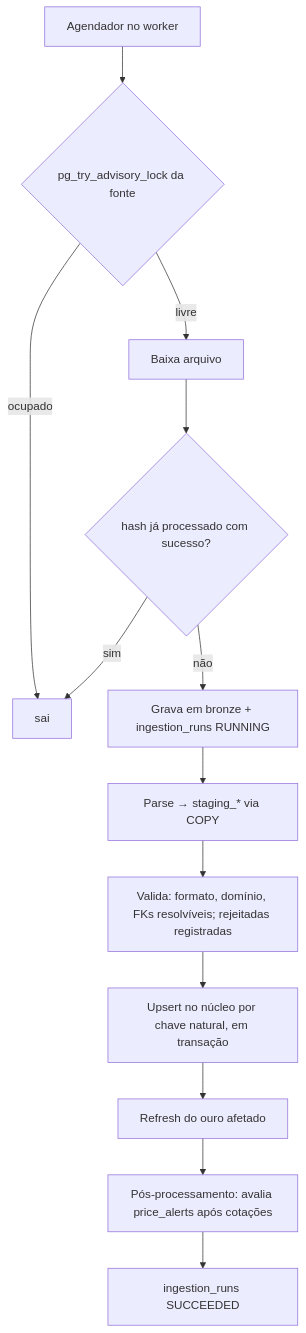
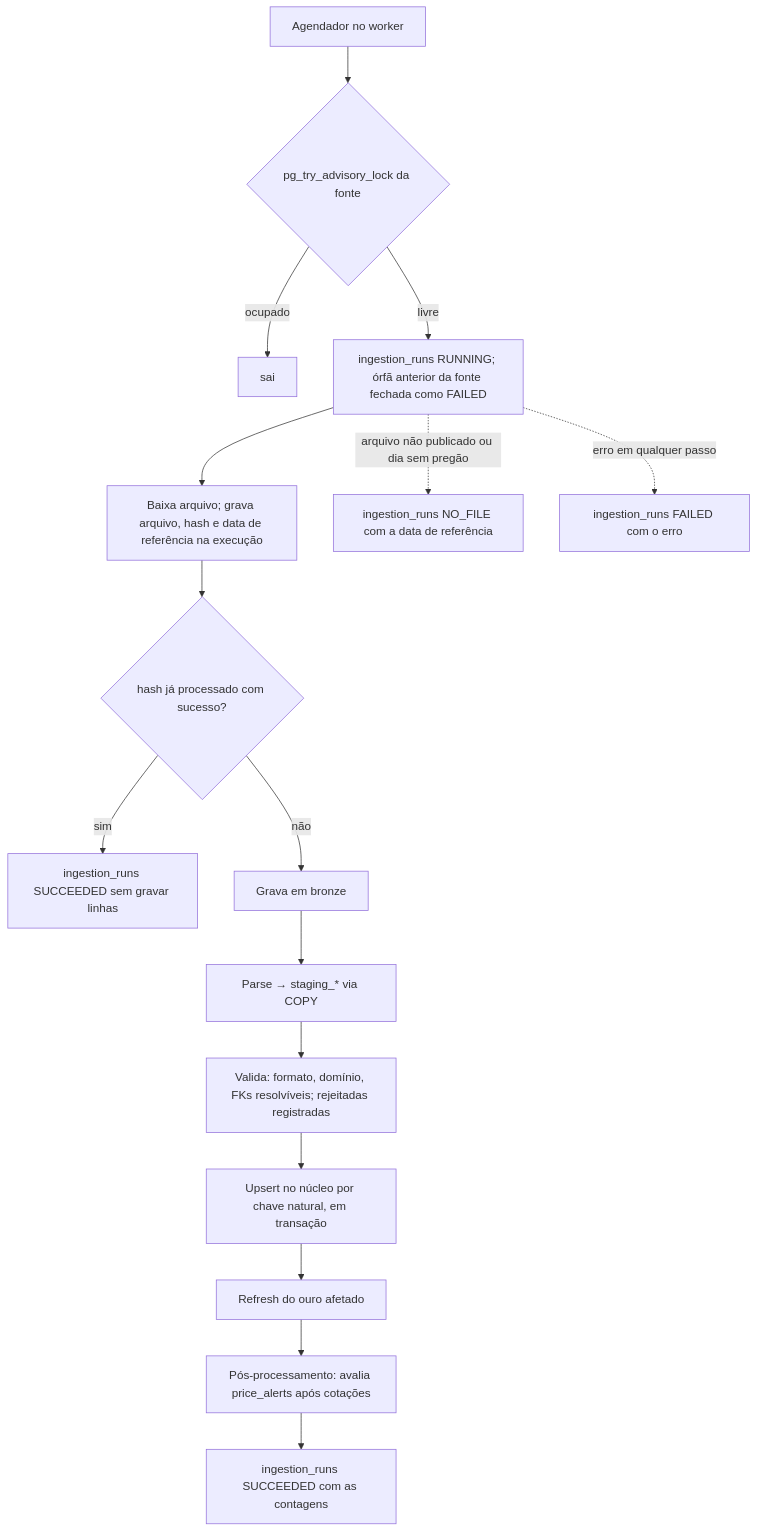
The third of 4 diagrams in claude/arquitetura.md (feritaliano/projEngSoft), drawn with Mermaid before and after one commit. The commit also changed other lines of this file and 15 other files, not shown here.

````diff
--- a/claude/arquitetura.md
+++ b/claude/arquitetura.md
@@ -176,15 +176,18 @@
 ```mermaid
 flowchart TD
   S[Agendador no worker] --> L{pg_try_advisory_lock da fonte}
   L -- ocupado --> X[sai]
-  L -- livre --> D[Baixa arquivo]
+  L -- livre --> R[ingestion_runs RUNNING; órfã anterior da fonte fechada como FAILED]
+  R --> D[Baixa arquivo; grava arquivo, hash e data de referência na execução]
+  R -. arquivo não publicado ou dia sem pregão .-> NF[ingestion_runs NO_FILE com a data de referência]
   D --> H{hash já processado com sucesso?}
-  H -- sim --> X
-  H -- não --> B[Grava em bronze + ingestion_runs RUNNING]
+  H -- sim --> SK[ingestion_runs SUCCEEDED sem gravar linhas]
+  H -- não --> B[Grava em bronze]
   B --> P[Parse → staging_* via COPY]
   P --> V[Valida: formato, domínio, FKs resolvíveis; rejeitadas registradas]
   V --> U[Upsert no núcleo por chave natural, em transação]
   U --> G[Refresh do ouro afetado]
   G --> A[Pós-processamento: avalia price_alerts após cotações]
-  A --> OK[ingestion_runs SUCCEEDED]
+  A --> OK[ingestion_runs SUCCEEDED com as contagens]
+  R -. erro em qualquer passo .-> F[ingestion_runs FAILED com o erro]
 ```
````
